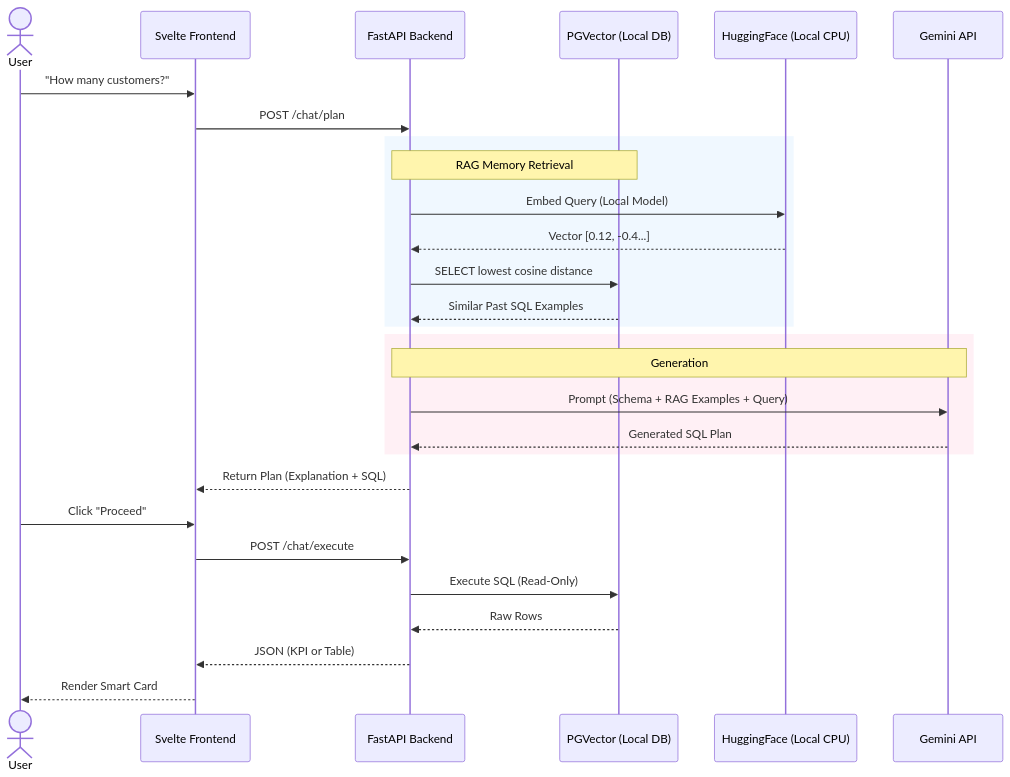
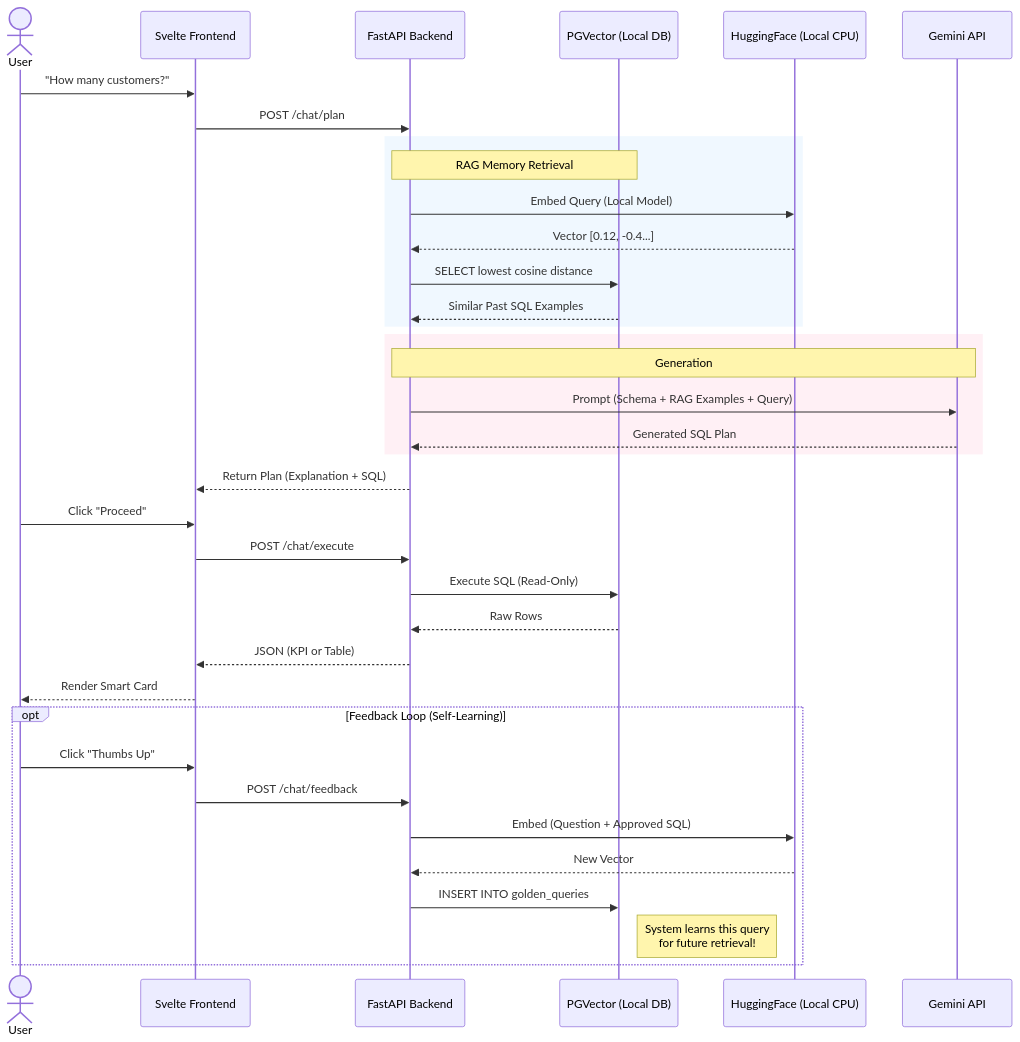
One commit to expedite-atul/Carwash-Analytics-Bot changed the diagram in README.md. Above: the diagram before and after it, drawn with Mermaid. The commit also changed 25 other files, not shown here.

Commit message:
feat: complete chatbot v2 (charts, rag-feedback, security, history)

````diff
--- a/README.md
+++ b/README.md
@@ -96,35 +96,44 @@
 ```mermaid
 sequenceDiagram
     actor User
     participant UI as Svelte Frontend
     participant API as FastAPI Backend
     participant VS as PGVector (Local DB)
     participant HF as HuggingFace (Local CPU)
     participant LLM as Gemini API
 
     User->>UI: "How many customers?"
     UI->>API: POST /chat/plan
     
     rect rgb(240, 248, 255)
         Note over API, VS: RAG Memory Retrieval
         API->>HF: Embed Query (Local Model)
         HF-->>API: Vector [0.12, -0.4...]
         API->>VS: SELECT lowest cosine distance
         VS-->>API: Similar Past SQL Examples
     end
 
     rect rgb(255, 240, 245)
         Note over API, LLM: Generation
         API->>LLM: Prompt (Schema + RAG Examples + Query)
         LLM-->>API: Generated SQL Plan
     end
 
     API-->>UI: Return Plan (Explanation + SQL)
     
     User->>UI: Click "Proceed"
     UI->>API: POST /chat/execute
     API->>VS: Execute SQL (Read-Only)
     VS-->>API: Raw Rows
     API-->>UI: JSON (KPI or Table)
     UI-->>User: Render Smart Card
+
+    opt Feedback Loop (Self-Learning)
+        User->>UI: Click "Thumbs Up"
+        UI->>API: POST /chat/feedback
+        API->>HF: Embed (Question + Approved SQL)
+        HF-->>API: New Vector
+        API->>VS: INSERT INTO golden_queries
+        Note right of VS: System learns this query<br/>for future retrieval!
+    end
 ```
````
